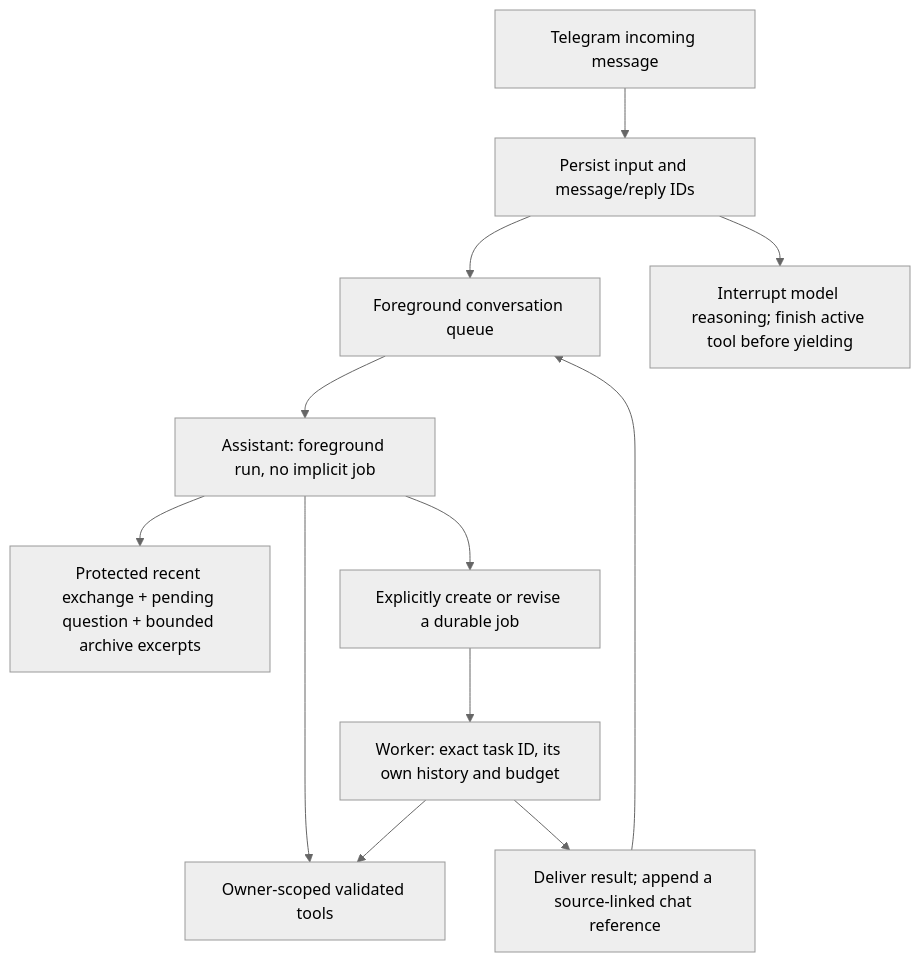
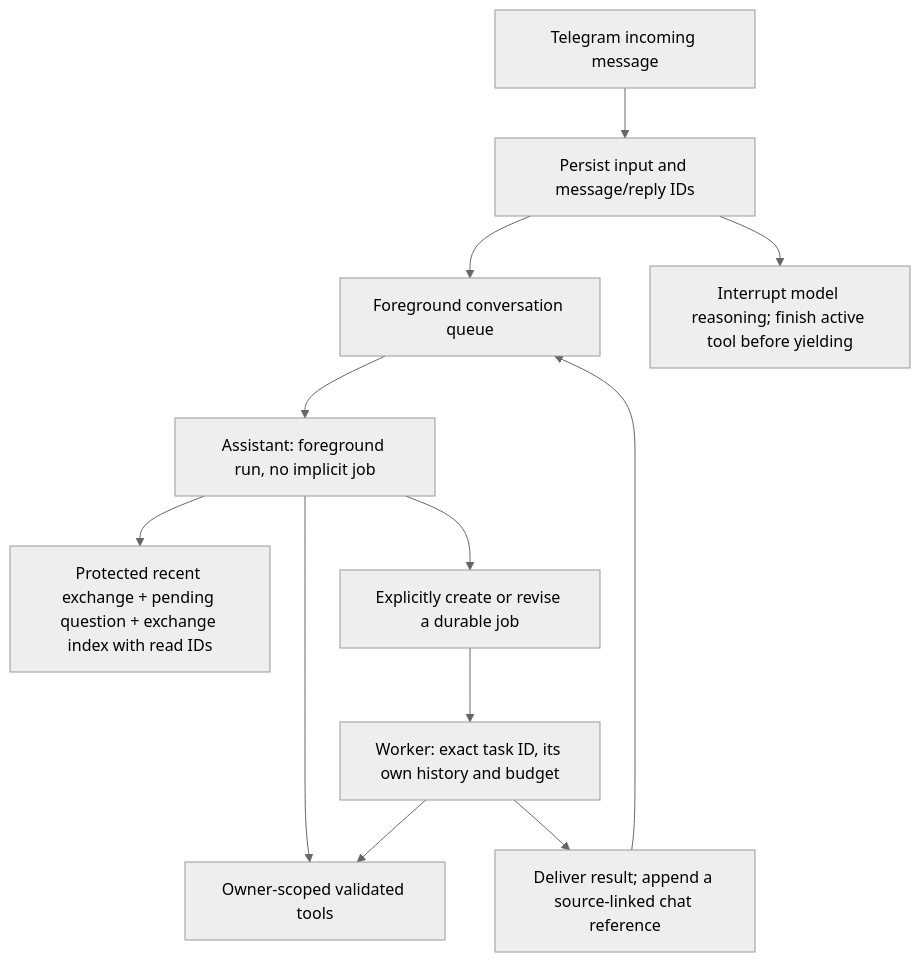
Before and after one commit to akhilvuputuri/chief-agent: the diagram in docs/rolling-conversation.md, drawn with Mermaid (neutral theme). The commit also changed other lines of this file and 6 other files, not shown here.

````diff
--- a/docs/rolling-conversation.md
+++ b/docs/rolling-conversation.md
@@ -9,14 +9,14 @@
 ```mermaid
 flowchart TD
   T[Telegram incoming message] --> I[Persist input and message/reply IDs]
   I --> C[Foreground conversation queue]
   I --> N[Interrupt model reasoning; finish active tool before yielding]
   C --> A[Assistant: foreground run, no implicit job]
-  A --> X[Protected recent exchange + pending question + bounded archive excerpts]
+  A --> X[Protected recent exchange + pending question + exchange index with read IDs]
   A --> D[Owner-scoped validated tools]
   A --> J[Explicitly create or revise a durable job]
   J --> W[Worker: exact task ID, its own history and budget]
   W --> D
   W --> R[Deliver result; append a source-linked chat reference]
   R --> C
 ```
````
